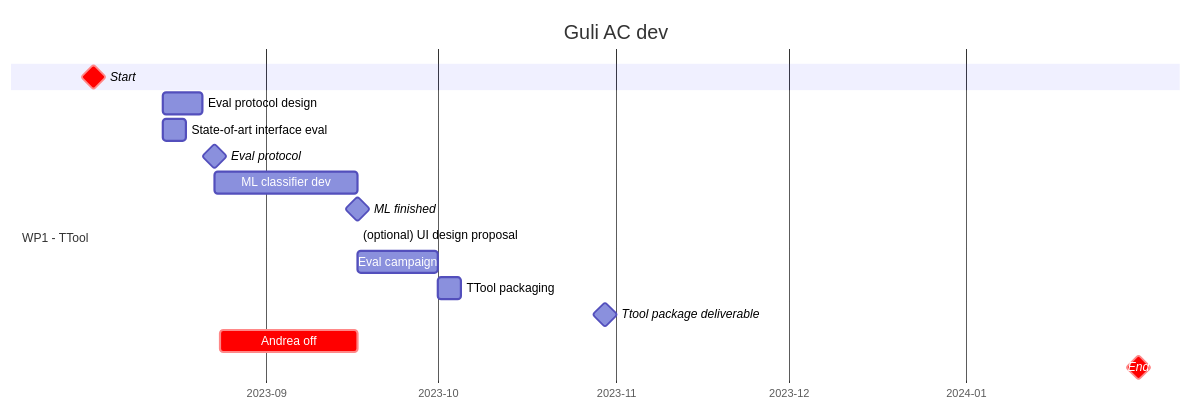
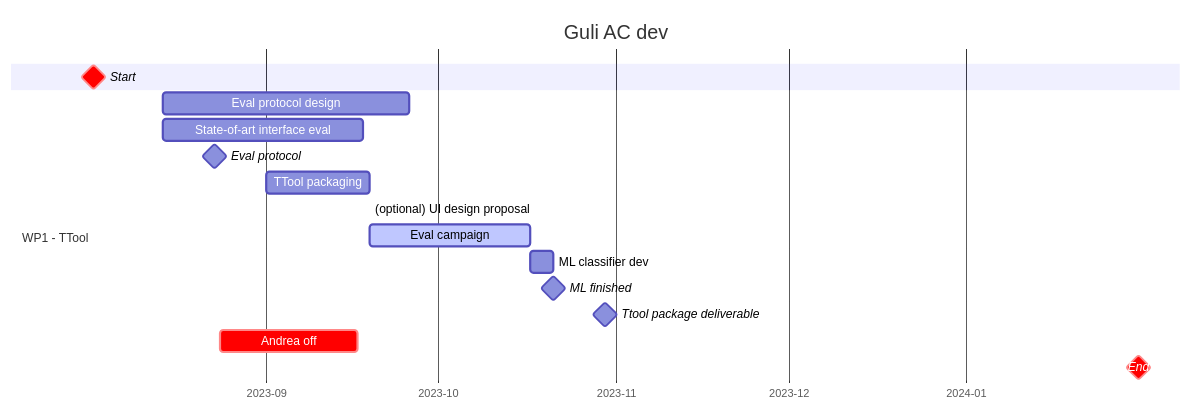
One commit to ibois-epfl/augmented-carpentry changed the second of 2 diagrams in README.md. Above: the diagram before and after it, drawn with Mermaid.

Commit message:
UPDATE: updated planning for semester fall 2023

````diff
--- a/README.md
+++ b/README.md
@@ -42,27 +42,27 @@
 ```mermaid
 gantt
     dateFormat  YYYY-MM-DD
     title       Guli AC dev
     axisFormat %Y-%m
 
     Start                                                     :milestone, crit, strt, 2023-08-02, 0d
 
     section WP1 - TTool
-    Eval protocol design                                      :cmkprj, 2023-08-14, 1w
-    State-of-art interface eval                               :ref, 2023-08-14, 4d
+    Eval protocol design                                      :cmkprj, 2023-08-14, 6.2w
+    State-of-art interface eval                               :ref, 2023-08-14, 5w
     Eval protocol                                             :milestone, milttol, 2023-08-23, 0d
+    
+    TTool packaging                                           :packcont, 2023-09-01, 2.5w
 
-    ML classifier dev                                         :mlclass, after milttol, 3.5w
+
+    (optional) UI design proposal                             :uidesign, after packcont, 0d
+    Eval campaign                                             :active, eval, after uidesign, 4w
+    ML classifier dev                                         :mlclass, after eval, 4d
     ML finished                                               :milestone, mlclasmil, after mlclass, 0d
-
-    (optional) UI design proposal                             :uidesign, after mlclass, 0d
-    Eval campaign                                             :eval, after uidesign, 2w
-    TTool packaging                                           :packcont, after eval, 4d
-
     Ttool package deliverable                                 :milestone, del1, 2023-10-30, 0d
 
 
     Andrea off                                                :crit, 2023-08-24, 2023-09-17
 
     End                                                       :milestone, crit, ender, 2024-01-31, 0d
 ```
````
